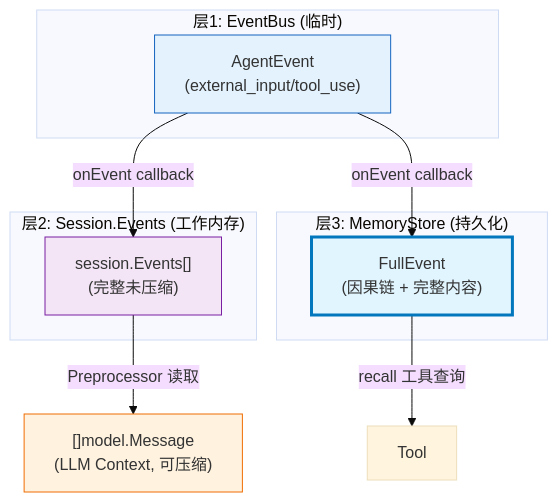
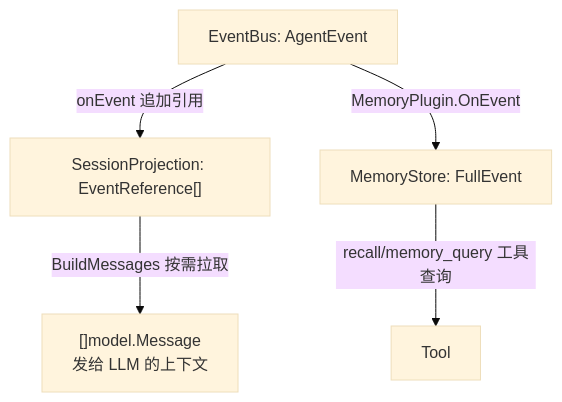
One commit to SpellingDragon/tagent changed the first of 9 diagrams in README.md. Above: the diagram before and after it, drawn with Mermaid (base theme). The commit also changed other lines of this file and 320 other files, not shown here.

````diff
--- a/README.md
+++ b/README.md
@@ -43,24 +54,13 @@
 ```mermaid
 graph TB
-    subgraph "层1: EventBus (临时)"
-        EB["AgentEvent<br/>(external_input/tool_use)"]
-    end
+    EB["EventBus: AgentEvent"]
+    SP["SessionProjection: EventReference[]"]
+    MS["MemoryStore: FullEvent"]
+    LLM["[]model.Message<br/>发给 LLM 的上下文"]
+    TOOL["Tool"]
 
-    subgraph "层2: Session.Events (工作内存)"
-        SESS["session.Events[]<br/>(完整未压缩)"]
-    end
-
-    subgraph "层3: MemoryStore (持久化)"
-        MS["FullEvent<br/>(因果链 + 完整内容)"]
-    end
-
-    EB -->|"onEvent callback"| SESS
-    EB -->|"onEvent callback"| MS
-    SESS -->|"Preprocessor 读取"| LLM["[]model.Message<br/>(LLM Context, 可压缩)"]
-    MS -->|"recall 工具查询"| TOOL["Tool"]
-
-    style EB fill:#e3f2fd,stroke:#1565c0
-    style SESS fill:#f3e5f5,stroke:#7b1fa2
-    style MS fill:#e1f5ff,stroke:#0277bd,stroke-width:3px
-    style LLM fill:#fff3e0,stroke:#ef6c00
+    EB -->|onEvent 追加引用| SP
+    EB -->|MemoryPlugin.OnEvent| MS
+    SP -->|BuildMessages 按需拉取| LLM
+    MS -->|recall/memory_query 工具查询| TOOL
 ```
````
